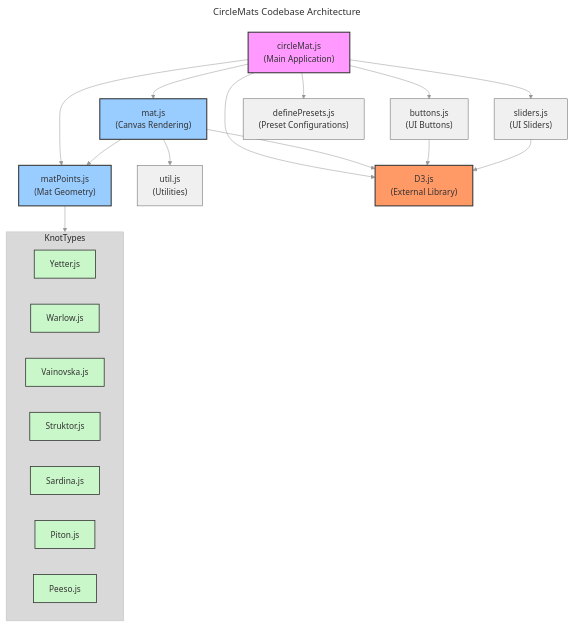
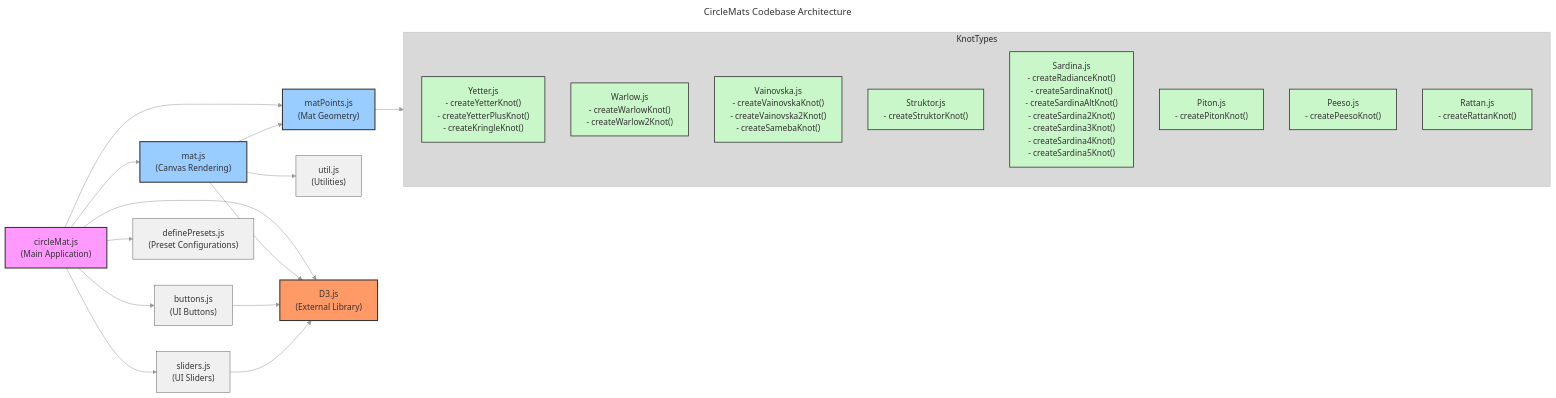
Before and after one commit to Scott-Y-Hall/CircleMats: the diagram in code-relationships.mmd, drawn with Mermaid. The commit also changed 5 other files, not shown here.

```diff
--- a/code-relationships.mmd
+++ b/code-relationships.mmd
@@ -1,61 +1,61 @@
 ---
 title: CircleMats Codebase Architecture
 description: Visualization of module relationships and dependencies in the CircleMats project.
 ---
 
 %%{init: {'theme': 'base', 'themeVariables': { 'primaryColor': '#f0f0f0', 'primaryTextColor': '#333', 'primaryBorderColor': '#666', 'lineColor': '#999', 'secondaryColor': '#e6e6e6', 'tertiaryColor': '#d9d9d9'}}}%%
 
-graph TD
+graph LR
     %% Main Application File
     circleMat.js["circleMat.js<br/>(Main Application)"]
     
     %% Core Modules
     mat.js["mat.js<br/>(Canvas Rendering)"]
     matPoints.js["matPoints.js<br/>(Mat Geometry)"]
     
     %% UI Components
     buttons.js["buttons.js<br/>(UI Buttons)"]
     sliders.js["sliders.js<br/>(UI Sliders)"]
     
     %% Knot Implementations
     subgraph "KnotTypes"
-        Yetter.js
-        Warlow.js
-        Vainovska.js
-        Struktor.js
-        Sardina.js
-        Piton.js
-        Peeso.js
+        Yetter["Yetter.js<br/>- createYetterKnot()<br/>- createYetterPlusKnot()<br/>- createKringleKnot()"]
+        Warlow["Warlow.js<br/>- createWarlowKnot()<br/>- createWarlow2Knot()"]
+        Vainovska["Vainovska.js<br/>- createVainovskaKnot()<br/>- createVainovska2Knot()<br/>- createSamebaKnot()"]
+        Struktor["Struktor.js<br/>- createStruktorKnot()"]
+        Sardina["Sardina.js<br/>- createRadianceKnot()<br/>- createSardinaKnot()<br/>- createSardinaAltKnot()<br/>- createSardina2Knot()<br/>- createSardina3Knot()<br/>- createSardina4Knot()<br/>- createSardina5Knot()"]
+        Piton["Piton.js<br/>- createPitonKnot()"]
+        Peeso["Peeso.js<br/>- createPeesoKnot()"]
+        Rattan["Rattan.js<br/>- createRattanKnot()"]
     end
     
     %% Utility
     util.js["util.js<br/>(Utilities)"]
     definePresets.js["definePresets.js<br/>(Preset Configurations)"]
     
     %% D3.js Dependency
     D3["D3.js<br/>(External Library)"]
     
     %% Relationships
     circleMat.js --> D3
     circleMat.js --> mat.js
     circleMat.js --> matPoints.js
     circleMat.js --> buttons.js
     circleMat.js --> sliders.js
     circleMat.js --> definePresets.js
     
     mat.js --> matPoints.js
     mat.js --> util.js
     mat.js --> D3
     
     buttons.js --> D3
     sliders.js --> D3
-    
-    matPoints.js --> KnotTypes
+    matPoints.js --> KnotTypes    
     
     style circleMat.js fill:#f9f,stroke:#333,stroke-width:2px
     style D3 fill:#f96,stroke:#333,stroke-width:2px
     style mat.js fill:#9cf,stroke:#333,stroke-width:2px
     style matPoints.js fill:#9cf,stroke:#333,stroke-width:2px
     
     classDef knot fill:#c9f7c9,stroke:#333,stroke-width:1.5px
-    class Yetter.js,Warlow.js,Vainovska.js,Struktor.js,Sardina.js,Piton.js,Peeso.js knot
+    class Yetter,Warlow,Vainovska,Struktor,Sardina,Piton,Peeso,Rattan knot
```
